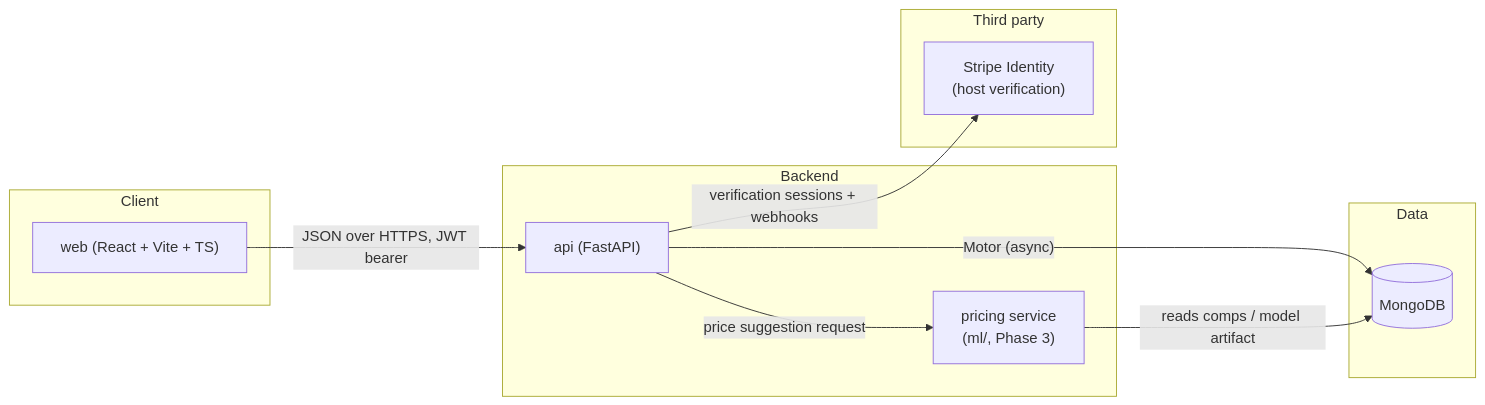
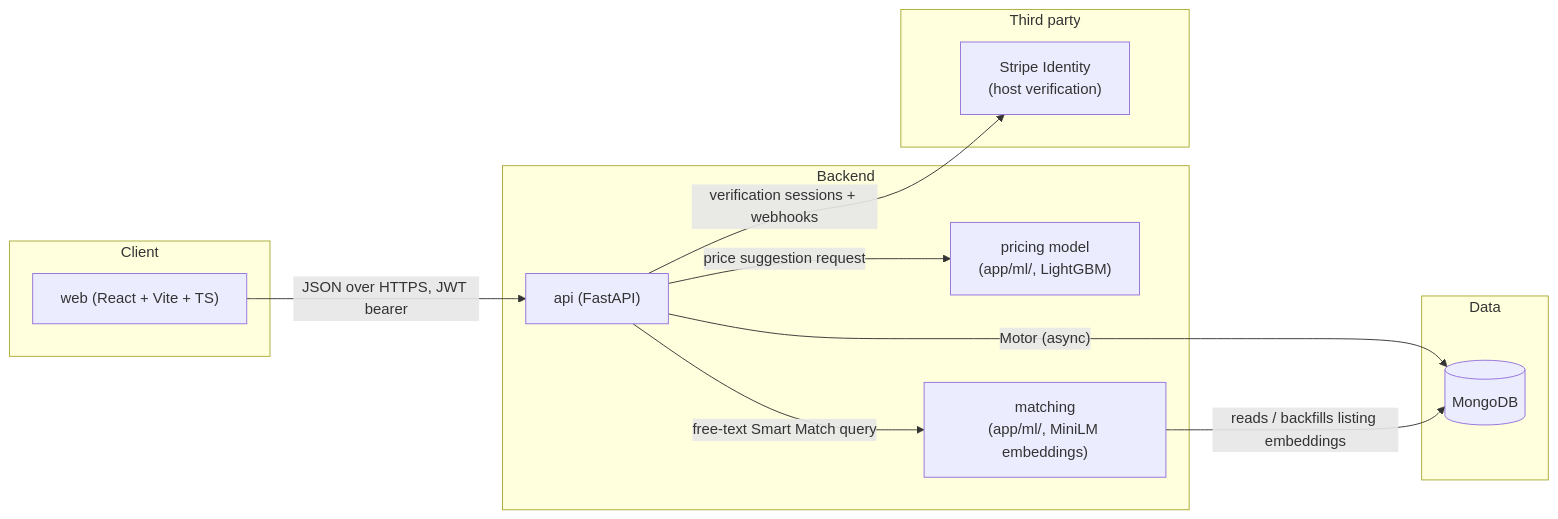
Before and after one commit to iliyanalibhai/spacio: the first of 4 diagrams in docs/DOCUMENTATION.md, drawn with Mermaid. The commit also changed other lines of this file and 12 other files, not shown here.

````diff
--- a/docs/DOCUMENTATION.md
+++ b/docs/DOCUMENTATION.md
@@ -19,25 +19,27 @@
 ```mermaid
 flowchart LR
     subgraph Client
         Web["web (React + Vite + TS)"]
     end
 
     subgraph Backend
         API["api (FastAPI)"]
-        Pricing["pricing service<br/>(ml/, Phase 3)"]
+        Pricing["pricing model<br/>(app/ml/, LightGBM)"]
+        Matching["matching<br/>(app/ml/, MiniLM embeddings)"]
     end
 
     subgraph Data
         Mongo[(MongoDB)]
     end
 
     subgraph ThirdParty["Third party"]
         Stripe["Stripe Identity<br/>(host verification)"]
     end
 
     Web -- "JSON over HTTPS, JWT bearer" --> API
     API -- "Motor (async)" --> Mongo
     API -- "verification sessions + webhooks" --> Stripe
     API -- "price suggestion request" --> Pricing
-    Pricing -- "reads comps / model artifact" --> Mongo
+    API -- "free-text Smart Match query" --> Matching
+    Matching -- "reads / backfills listing embeddings" --> Mongo
 ```
````
